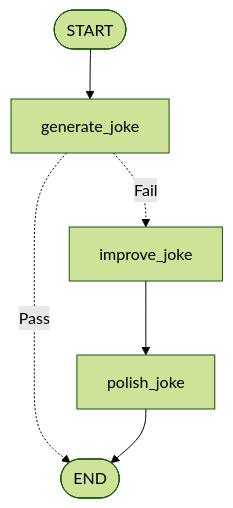
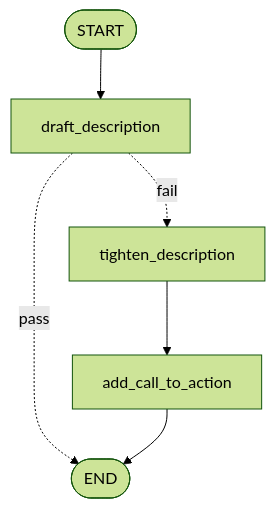
Before and after one commit to Walid-Ahmed/langgraph-tutorials: the third of 4 diagrams in 5-Workflows/01_prompt_chaining.md, drawn with Mermaid (forest theme). The commit also changed other lines of this file and 20 other files, not shown here.

````diff
--- a/5-Workflows/01_prompt_chaining.md
+++ b/5-Workflows/01_prompt_chaining.md
@@ -153,8 +149,8 @@
 ```mermaid
 flowchart TD
-    START([START]) --> JOKE["generate_joke"]
-    JOKE -. "Pass" .-> END([END])
-    JOKE -. "Fail" .-> IMPROVE["improve_joke"]
-    IMPROVE --> POLISH["polish_joke"]
-    POLISH --> END
+    START([START]) --> DRAFT["draft_description"]
+    DRAFT -. "pass" .-> END([END])
+    DRAFT -. "fail" .-> TIGHTEN["tighten_description"]
+    TIGHTEN --> CTA["add_call_to_action"]
+    CTA --> END
 ```
````
